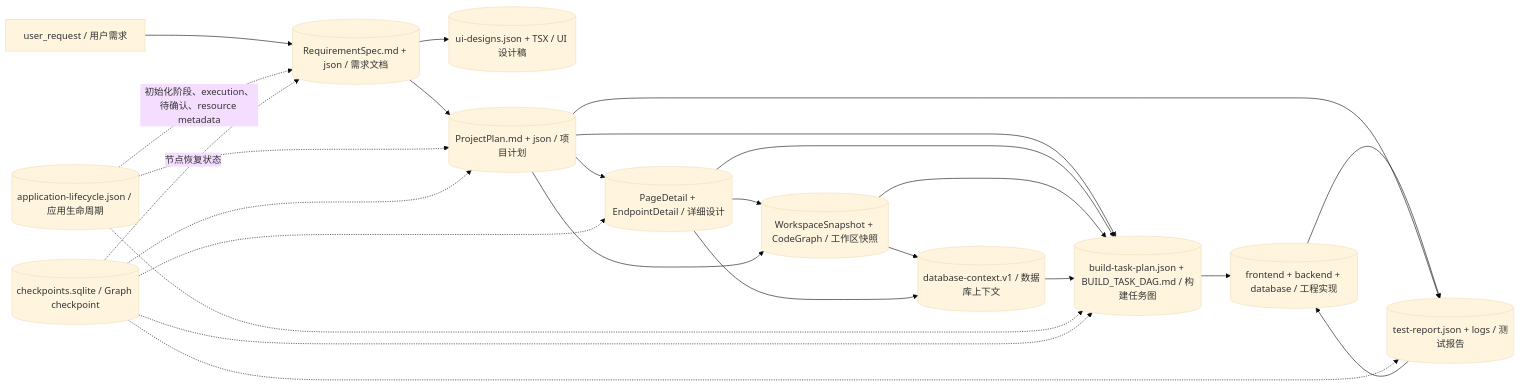
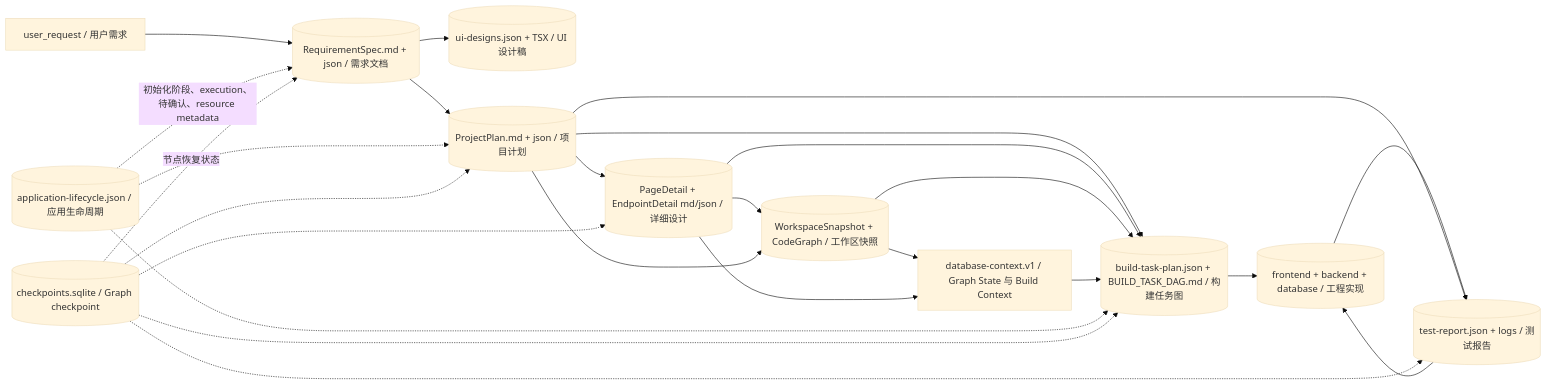
Before and after one commit to YYYWYF/XCodeAgent: the tenth of 11 diagrams in docs/XCODEAGENT_COMPLETE_WORKFLOW.md, drawn with Mermaid (base theme). The commit also changed other lines of this file and 7 other files, not shown here.

````diff
--- a/docs/XCODEAGENT_COMPLETE_WORKFLOW.md
+++ b/docs/XCODEAGENT_COMPLETE_WORKFLOW.md
@@ -787,41 +820,41 @@
 ```mermaid
 flowchart LR
     U["user_request / 用户需求"]
     RS[("RequirementSpec.md + json / 需求文档")]
     UI[("ui-designs.json + TSX / UI 设计稿")]
     PP[("ProjectPlan.md + json / 项目计划")]
-    DT[("PageDetail + EndpointDetail / 详细设计")]
+    DT[("PageDetail + EndpointDetail md/json / 详细设计")]
     WS[("WorkspaceSnapshot + CodeGraph / 工作区快照")]
-    DB[("database-context.v1 / 数据库上下文")]
+    DB["database-context.v1 / Graph State 与 Build Context"]
     DAG[("build-task-plan.json + BUILD_TASK_DAG.md / 构建任务图")]
     SRC[("frontend + backend + database / 工程实现")]
     TR[("test-report.json + logs / 测试报告")]
     LC[("application-lifecycle.json / 应用生命周期")]
     CP[("checkpoints.sqlite / Graph checkpoint")]
 
     U --> RS
     RS --> UI
     RS --> PP
     PP --> DT
     DT --> WS
     PP --> WS
     WS --> DB
     DT --> DB
     PP --> DAG
     DT --> DAG
     WS --> DAG
     DB --> DAG
     DAG --> SRC
     SRC --> TR
     PP --> TR
     TR --> SRC
 
     LC -.->|"初始化阶段、execution、待确认、resource metadata"| RS
     LC -.-> PP
     LC -.-> DAG
     CP -.->|"节点恢复状态"| RS
     CP -.-> PP
     CP -.-> DT
     CP -.-> DAG
     CP -.-> TR
 ```
````
